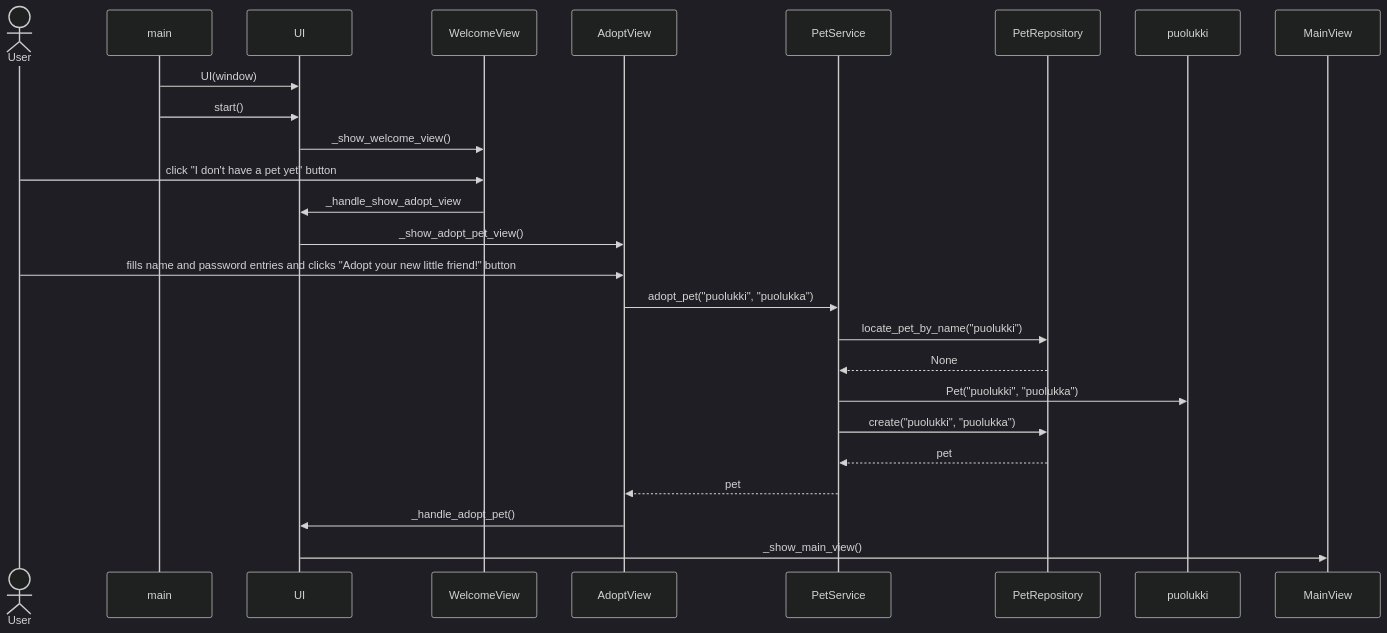
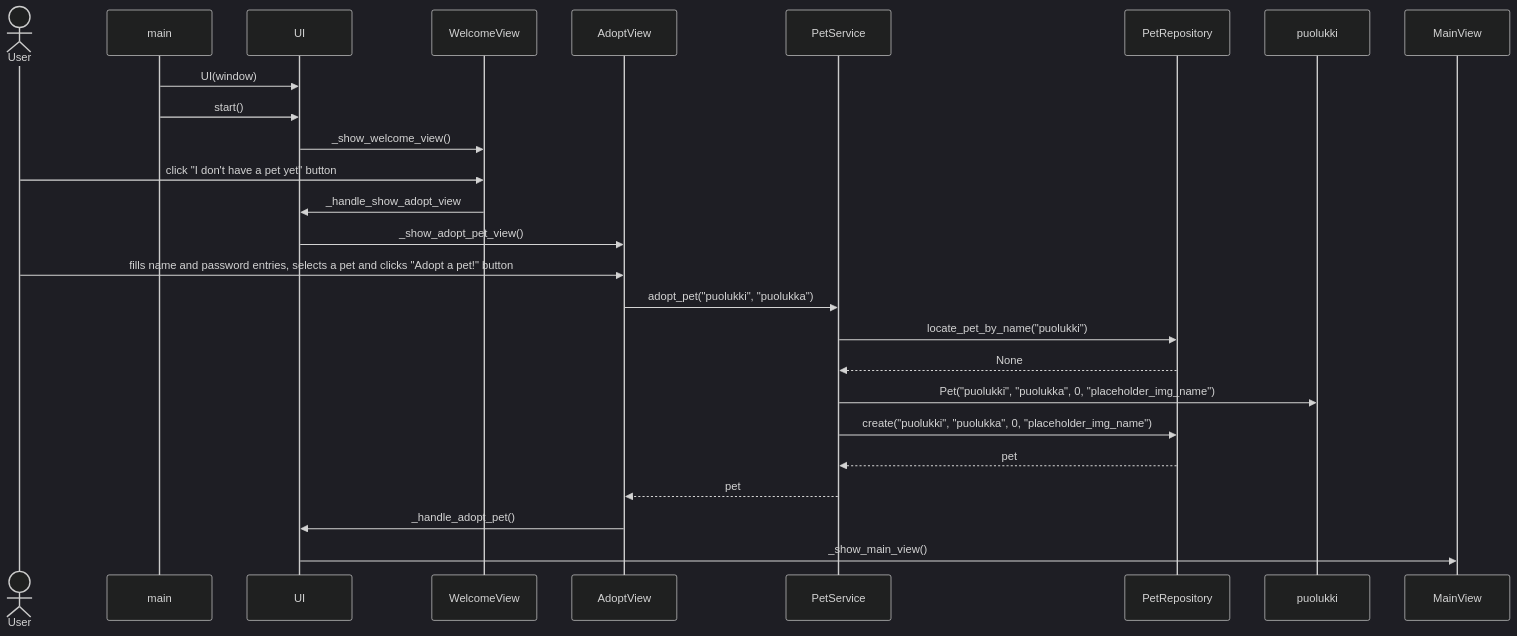
One commit to macabre-cs/ot-harjoitustyo changed the first of 2 diagrams in dokumentaatio/arkkitehtuuri.md. Above: the diagram before and after it, drawn with Mermaid (dark theme). The commit also changed other lines of this file, not shown here.

````diff
--- a/dokumentaatio/arkkitehtuuri.md
+++ b/dokumentaatio/arkkitehtuuri.md
@@ -48,30 +48,30 @@
 ```mermaid
 sequenceDiagram
     actor User
     participant main
     participant UI
     participant WelcomeView
     participant AdoptView
     participant PetService
     participant PetRepository
     participant puolukki
     participant MainView
     
     main->>UI: UI(window)
     main->>UI: start()
     UI->>WelcomeView: _show_welcome_view()
     User->>WelcomeView: click "I don't have a pet yet" button
     WelcomeView->>UI: _handle_show_adopt_view
     UI->>AdoptView: _show_adopt_pet_view()
-    User->>AdoptView: fills name and password entries and clicks "Adopt your new little friend!" button
+    User->>AdoptView: fills name and password entries, selects a pet and clicks "Adopt a pet!" button
     AdoptView->>PetService: adopt_pet("puolukki", "puolukka")
     PetService->>PetRepository: locate_pet_by_name("puolukki")
     PetRepository-->>PetService: None
-    PetService->>puolukki: Pet("puolukki", "puolukka")
-    PetService->>PetRepository: create("puolukki", "puolukka")
+    PetService->>puolukki: Pet("puolukki", "puolukka", 0, "placeholder_img_name")
+    PetService->>PetRepository: create("puolukki", "puolukka", 0, "placeholder_img_name")
     PetRepository-->>PetService: pet
     PetService-->>AdoptView: pet
     AdoptView->>UI: _handle_adopt_pet()
     UI->>MainView: _show_main_view() 
 
 ```
````
